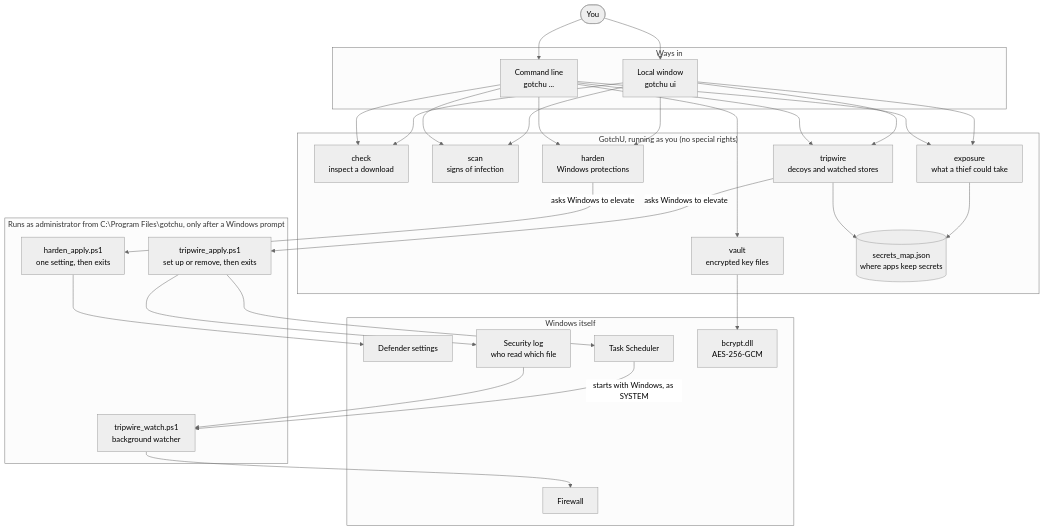
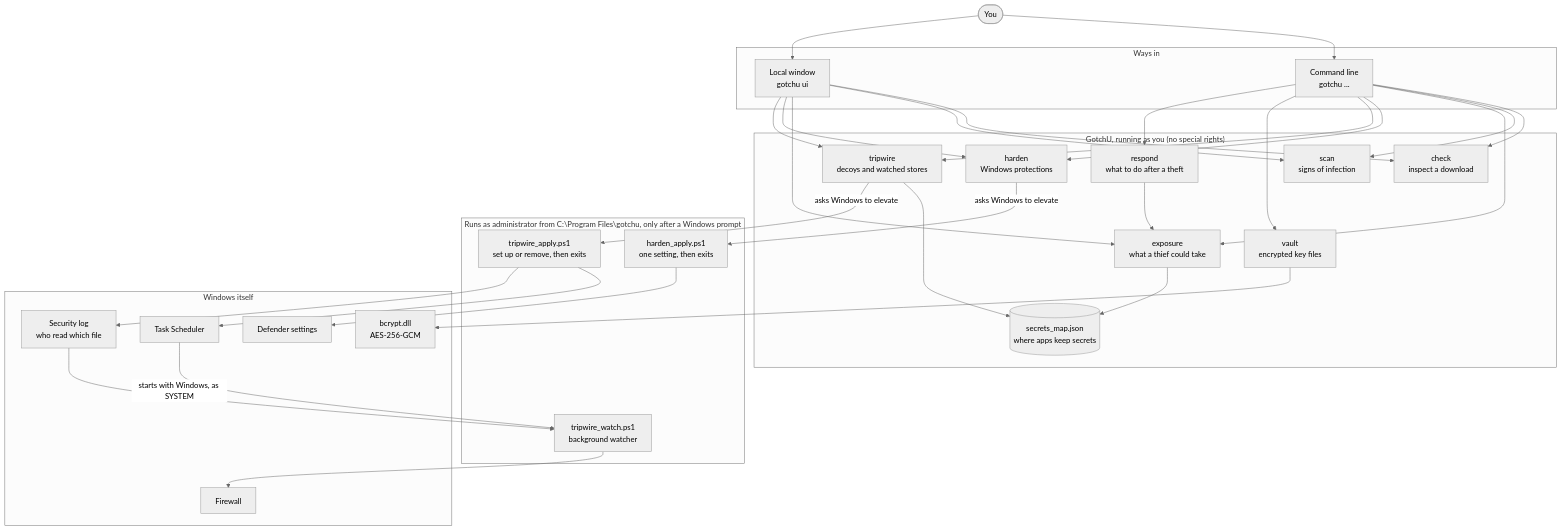
The first of 7 diagrams in docs/ARCHITECTURE.md (AnshMittal08/GotchU), drawn with Mermaid (neutral theme) before and after one commit. The commit also changed other lines of this file and 22 other files, not shown here.

First line of the commit message:
Add respond, wider scan, tripwire heartbeat and browser decoys, vault backup

````diff
--- a/docs/ARCHITECTURE.md
+++ b/docs/ARCHITECTURE.md
@@ -8,47 +8,49 @@
 ```mermaid
 flowchart TB
     user(["You"])
 
     subgraph entry["Ways in"]
         cli["Command line<br/>gotchu ..."]
         ui["Local window<br/>gotchu ui"]
     end
 
     subgraph core["GotchU, running as you (no special rights)"]
         check["check<br/>inspect a download"]
         scan["scan<br/>signs of infection"]
         exposure["exposure<br/>what a thief could take"]
         harden["harden<br/>Windows protections"]
         tripwire["tripwire<br/>decoys and watched stores"]
+        respond["respond<br/>what to do after a theft"]
         vault["vault<br/>encrypted key files"]
         map[("secrets_map.json<br/>where apps keep secrets")]
     end
 
     subgraph elevated["Runs as administrator from C:\Program Files\gotchu, only after a Windows prompt"]
         happly["harden_apply.ps1<br/>one setting, then exits"]
         tapply["tripwire_apply.ps1<br/>set up or remove, then exits"]
         watcher["tripwire_watch.ps1<br/>background watcher"]
     end
 
     subgraph windows["Windows itself"]
         defender["Defender settings"]
         seclog["Security log<br/>who read which file"]
         tasks["Task Scheduler"]
         firewall["Firewall"]
         crypto["bcrypt.dll<br/>AES-256-GCM"]
     end
 
     user --> cli
     user --> ui
     ui --> check & scan & exposure & harden & tripwire
-    cli --> check & scan & exposure & harden & tripwire & vault
+    cli --> check & scan & exposure & harden & tripwire & vault & respond
+    respond --> exposure
     exposure --> map
     tripwire --> map
     harden -- "asks Windows to elevate" --> happly --> defender
     tripwire -- "asks Windows to elevate" --> tapply
     tapply --> tasks & seclog
     tasks -- "starts with Windows, as SYSTEM" --> watcher
     seclog --> watcher
     watcher --> firewall
     vault --> crypto
 ```
````
